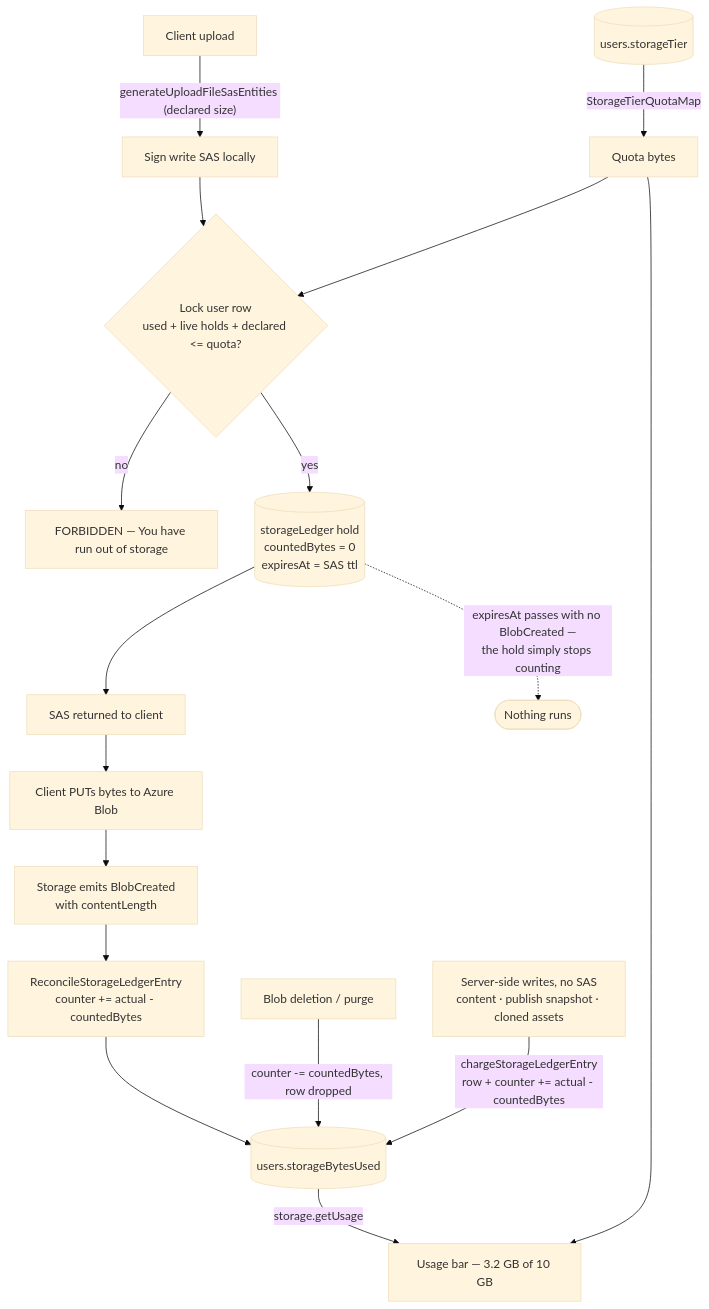
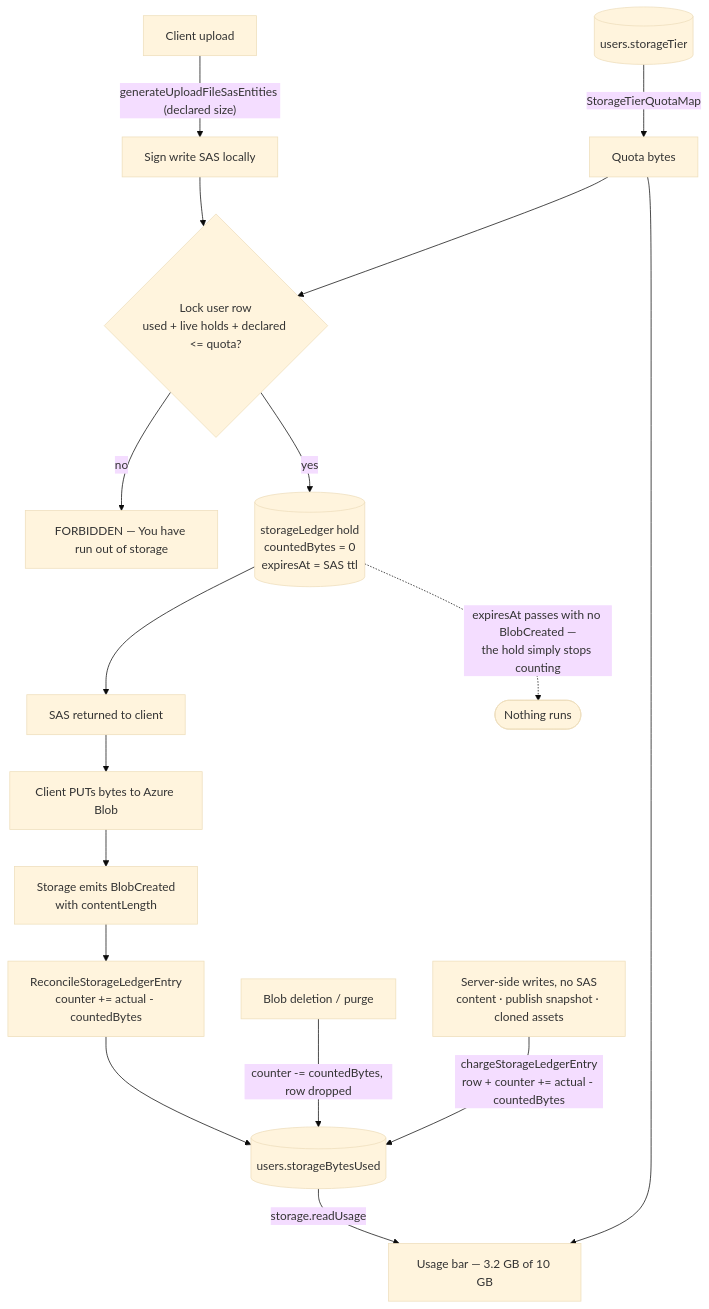
The diagram in packages/app/content/docs/platform/storage-quotas.md (Esposter/Esposter), drawn with Mermaid (base theme) before and after one commit. The commit also changed other lines of this file and 18 other files, not shown here.

````diff
--- a/packages/app/content/docs/platform/storage-quotas.md
+++ b/packages/app/content/docs/platform/storage-quotas.md
@@ -23,19 +23,19 @@
 ```mermaid
 flowchart TD
   client[Client upload] -->|"generateUploadFileSasEntities (declared size)"| sign[Sign write SAS locally]
   sign --> reserve{"Lock user row<br/>used + live holds + declared &lt;= quota?"}
   reserve -->|no| reject["FORBIDDEN — You have run out of storage"]
   reserve -->|yes| ledger[("storageLedger hold<br/>countedBytes = 0<br/>expiresAt = SAS ttl")]
   ledger --> respond[SAS returned to client]
   respond --> put[Client PUTs bytes to Azure Blob]
   put --> created["Storage emits BlobCreated<br/>with contentLength"]
   created --> reconcile["ReconcileStorageLedgerEntry<br/>counter += actual - countedBytes"]
   reconcile --> counter[("users.storageBytesUsed")]
   del["Blob deletion / purge"] -->|"counter -= countedBytes, row dropped"| counter
   save["Server-side writes, no SAS<br/>content · publish snapshot · cloned assets"] -->|"chargeStorageLedgerEntry<br/>row + counter += actual - countedBytes"| counter
   ledger -.->|"expiresAt passes with no BlobCreated —<br/>the hold simply stops counting"| gone(["Nothing runs"])
-  counter -->|storage.getUsage| ui["Usage bar — 3.2 GB of 10 GB"]
+  counter -->|storage.readUsage| ui["Usage bar — 3.2 GB of 10 GB"]
   tier[("users.storageTier")] -->|StorageTierQuotaMap| quota[Quota bytes]
   quota --> reserve
   quota --> ui
 ```
````
